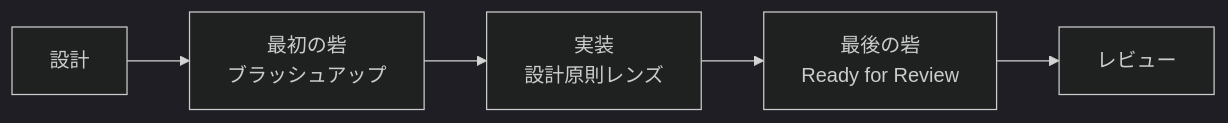
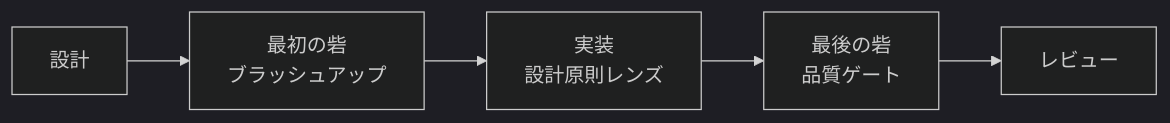
The third of 3 diagrams in .claude/rules/zoom-rhythm.md (ka2kama/ringiflow), drawn with Mermaid (dark theme) before and after one commit. The commit also changed other lines of this file and 5 other files, not shown here.

First line of the commit message:
#350 Distinguish Quality Gate from Ready for Review terminology (#352)

````diff
--- a/.claude/rules/zoom-rhythm.md
+++ b/.claude/rules/zoom-rhythm.md
@@ -266,7 +266,7 @@
 ```mermaid
 flowchart LR
     A["設計"] --> B["最初の砦<br/>ブラッシュアップ"]
     B --> C["実装<br/>設計原則レンズ"]
-    C --> D["最後の砦<br/>Ready for Review"]
+    C --> D["最後の砦<br/>品質ゲート"]
     D --> E["レビュー"]
 ```
````
